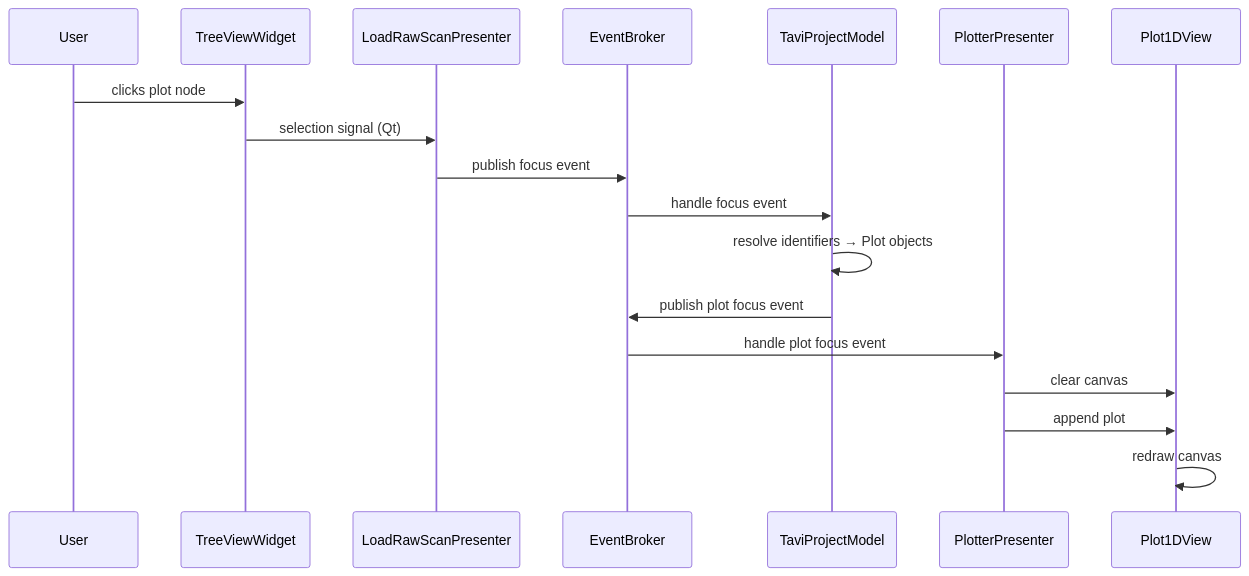
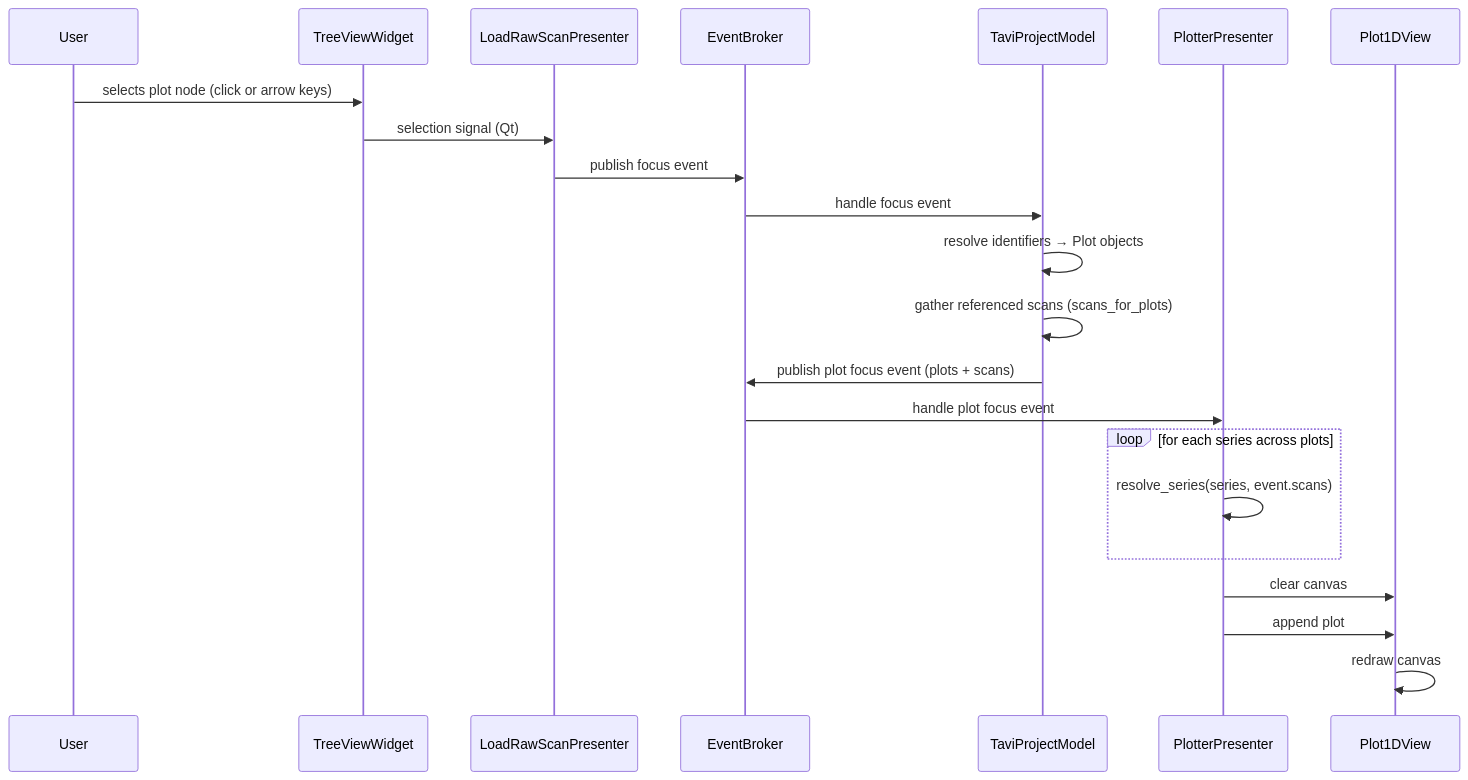
Before and after one commit to neutrons/TAVI: the second of 2 diagrams in docs/source/design/frontend/visualization_flow.rst, drawn with Mermaid. The commit also changed other lines of this file and 26 other files, not shown here.

```diff
--- a/docs/source/design/frontend/visualization_flow.rst
+++ b/docs/source/design/frontend/visualization_flow.rst
@@ -79,23 +91,27 @@
 .. mermaid::
 
     sequenceDiagram
         participant User
         participant TreeViewWidget
         participant LoadRawScanPresenter
         participant EventBroker
         participant TaviProjectModel
         participant PlotterPresenter
         participant Plot1DView
 
-        User ->> TreeViewWidget: clicks plot node
+        User ->> TreeViewWidget: selects plot node (click or arrow keys)
         TreeViewWidget ->> LoadRawScanPresenter: selection signal (Qt)
         LoadRawScanPresenter ->> EventBroker: publish focus event
 
         EventBroker ->> TaviProjectModel: handle focus event
         TaviProjectModel ->> TaviProjectModel: resolve identifiers → Plot objects
-        TaviProjectModel ->> EventBroker: publish plot focus event
+        TaviProjectModel ->> TaviProjectModel: gather referenced scans (scans_for_plots)
+        TaviProjectModel ->> EventBroker: publish plot focus event (plots + scans)
 
         EventBroker ->> PlotterPresenter: handle plot focus event
+        loop for each series across plots
+            PlotterPresenter ->> PlotterPresenter: resolve_series(series, event.scans)
+        end
         PlotterPresenter ->> Plot1DView: clear canvas
         PlotterPresenter ->> Plot1DView: append plot
         Plot1DView ->> Plot1DView: redraw canvas
```
